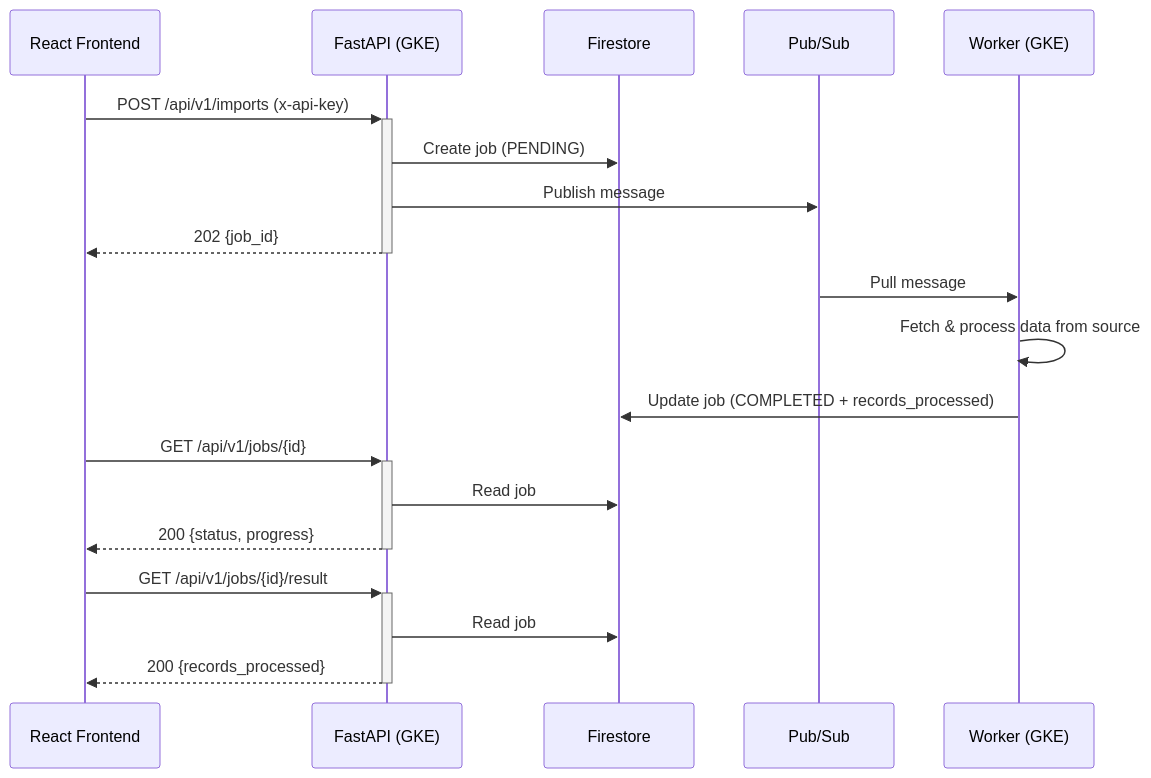
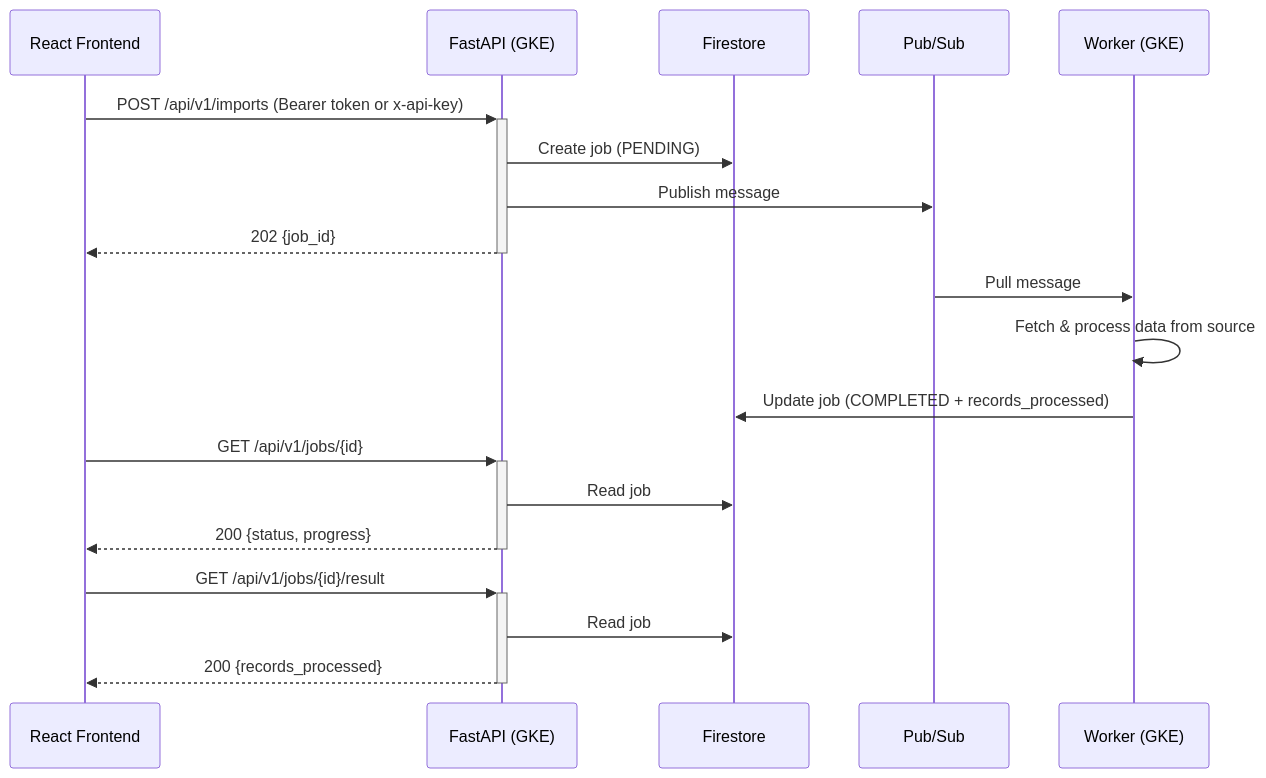
Before and after one commit to red512/krai: the third of 3 diagrams in README.md, drawn with Mermaid. The commit also changed other lines of this file and 3 other files, not shown here.

````diff
--- a/README.md
+++ b/README.md
@@ -40,25 +120,25 @@
 ```mermaid
 sequenceDiagram
     participant UI as React Frontend
     participant API as FastAPI (GKE)
     participant FS as Firestore
     participant PS as Pub/Sub
     participant W as Worker (GKE)
 
-    UI->>+API: POST /api/v1/imports (x-api-key)
+    UI->>+API: POST /api/v1/imports (Bearer token or x-api-key)
     API->>FS: Create job (PENDING)
     API->>PS: Publish message
     API-->>-UI: 202 {job_id}
 
     PS->>W: Pull message
     W->>W: Fetch & process data from source
     W->>FS: Update job (COMPLETED + records_processed)
 
     UI->>+API: GET /api/v1/jobs/{id}
     API->>FS: Read job
     API-->>-UI: 200 {status, progress}
 
     UI->>+API: GET /api/v1/jobs/{id}/result
     API->>FS: Read job
     API-->>-UI: 200 {records_processed}
 ```
````
